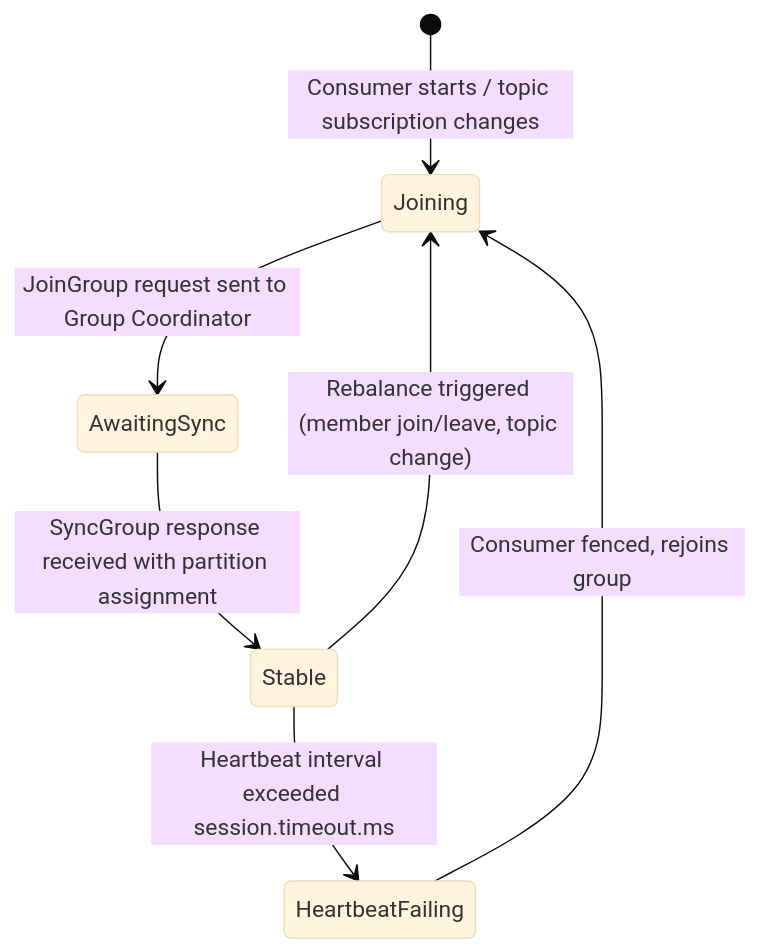
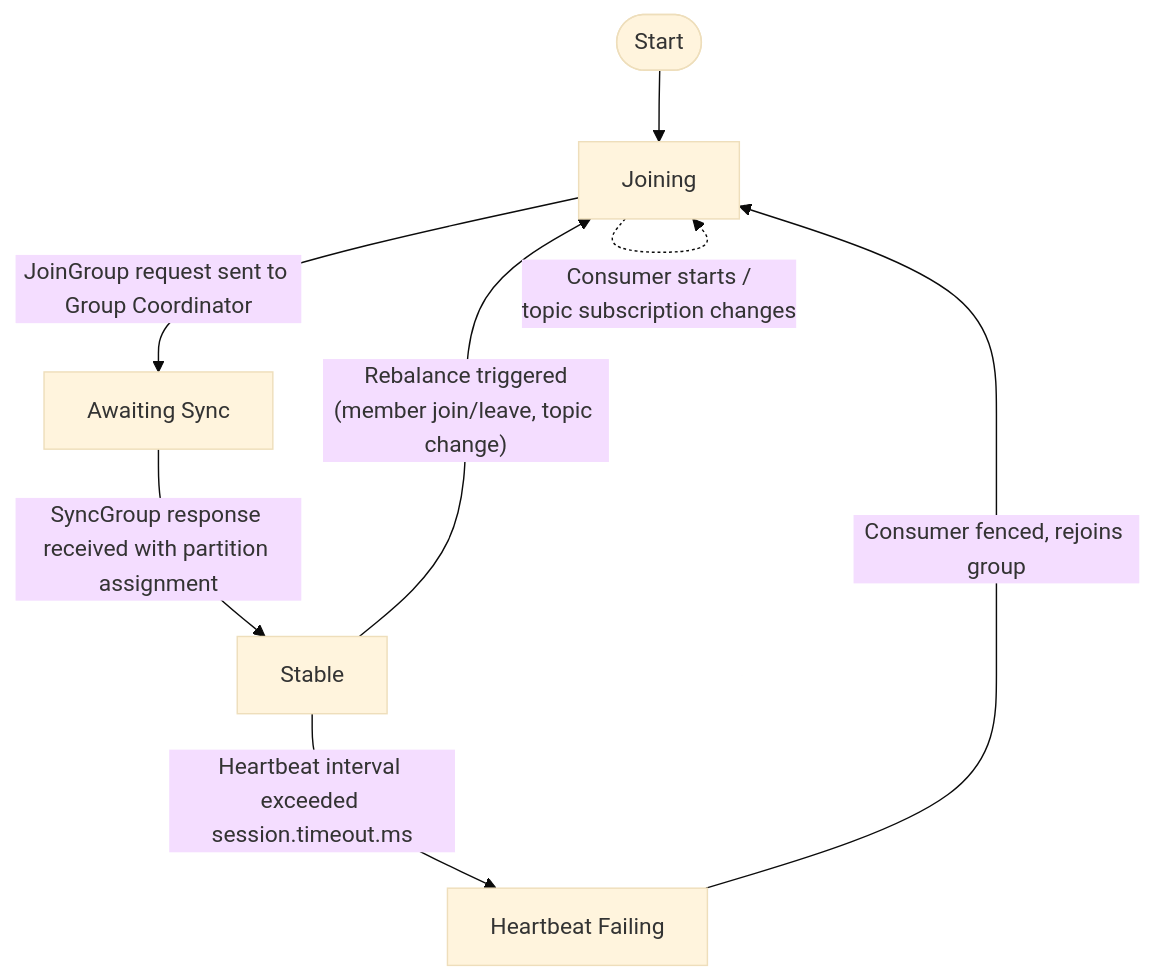
One commit to blebleblee/synapse changed the third of 6 diagrams in topics/computing/data/apache_kafka/lesson_04_kafka_performance_optimization.md. Above: the diagram before and after it, drawn with Mermaid (base theme). The commit also changed 1464 other files, not shown here.

Commit message:
feat(release): curriculum vector mermaid upgrade, render hardening, and master synpack

````diff
--- a/topics/computing/data/apache_kafka/lesson_04_kafka_performance_optimization.md
+++ b/topics/computing/data/apache_kafka/lesson_04_kafka_performance_optimization.md
@@ -300,9 +300,10 @@
 ```mermaid
-stateDiagram-v2
-    [*] --> Joining : Consumer starts / topic subscription changes
-    Joining --> AwaitingSync : JoinGroup request sent to Group Coordinator
-    AwaitingSync --> Stable : SyncGroup response received with partition assignment
-    Stable --> Joining : Rebalance triggered (member join/leave, topic change)
-    Stable --> HeartbeatFailing : Heartbeat interval exceeded session.timeout.ms
-    HeartbeatFailing --> Joining : Consumer fenced, rejoins group
+flowchart TD
+    Start([Start]) --> Joining
+    Joining["Joining"] -->|"JoinGroup request sent to Group Coordinator"| AwaitingSync["Awaiting Sync"]
+    AwaitingSync -->|"SyncGroup response received with partition assignment"| Stable["Stable"]
+    Stable -->|"Rebalance triggered<br/>(member join/leave, topic change)"| Joining
+    Stable -->|"Heartbeat interval exceeded session.timeout.ms"| HeartbeatFailing["Heartbeat Failing"]
+    HeartbeatFailing -->|"Consumer fenced, rejoins group"| Joining
+    Joining -.->|Consumer starts /<br/>topic subscription changes| Joining
 ```
````
